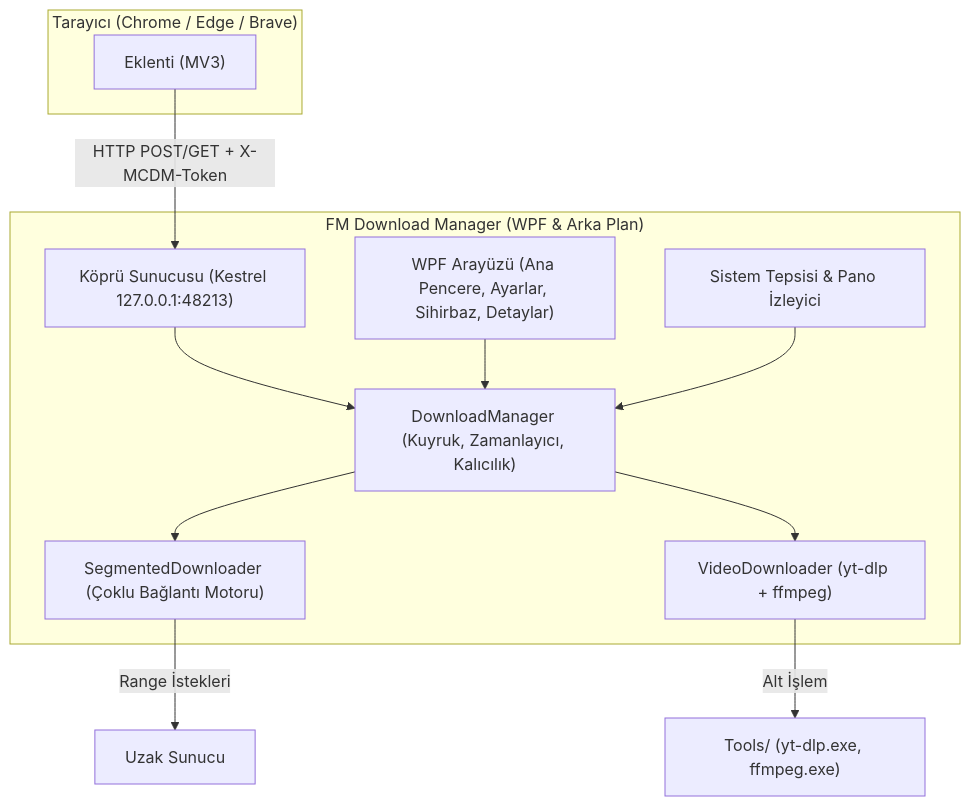
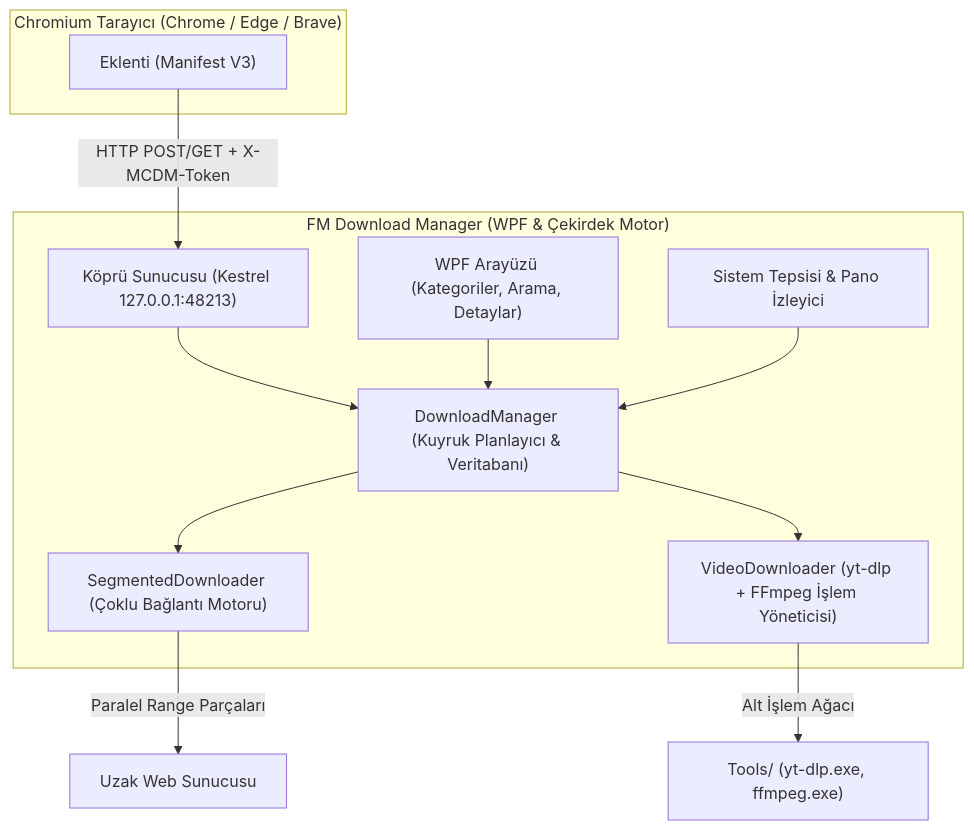
Before and after one commit to Ferdi-krbk/fm-download-manager: the diagram in README.tr.md, drawn with Mermaid. The commit also changed other lines of this file and 2 other files, not shown here.

Commit message:
docs: add badges, architecture diagram and visual documentation

````diff
--- a/README.tr.md
+++ b/README.tr.md
@@ -46,24 +73,24 @@
 ```mermaid
 flowchart TD
-    subgraph Browser["Tarayıcı (Chrome / Edge / Brave)"]
-        EXT["Eklenti (MV3)"]
+    subgraph Browser["Chromium Tarayıcı (Chrome / Edge / Brave)"]
+        EXT["Eklenti (Manifest V3)"]
     end
 
-    subgraph DesktopApp["FM Download Manager (WPF & Arka Plan)"]
-        UI["WPF Arayüzü (Ana Pencere, Ayarlar, Sihirbaz, Detaylar)"]
+    subgraph App["FM Download Manager (WPF & Çekirdek Motor)"]
+        UI["WPF Arayüzü (Kategoriler, Arama, Detaylar)"]
         TRAY["Sistem Tepsisi & Pano İzleyici"]
-        BRIDGE["Köprü Sunucusu (Kestrel 127.0.0.1:48213)"]
-        DM["DownloadManager (Kuyruk, Zamanlayıcı, Kalıcılık)"]
+        SERVER["Köprü Sunucusu (Kestrel 127.0.0.1:48213)"]
+        MGR["DownloadManager (Kuyruk Planlayıcı & Veritabanı)"]
         ENGINE["SegmentedDownloader (Çoklu Bağlantı Motoru)"]
-        VIDEO["VideoDownloader (yt-dlp + ffmpeg)"]
+        VIDEO["VideoDownloader (yt-dlp + FFmpeg İşlem Yöneticisi)"]
     end
 
-    EXT -- "HTTP POST/GET + X-MCDM-Token" --> BRIDGE
-    BRIDGE --> DM
-    UI --> DM
-    TRAY --> DM
-    DM --> ENGINE
-    DM --> VIDEO
-    ENGINE -- "Range İstekleri" --> TargetServer["Uzak Sunucu"]
-    VIDEO -- "Alt İşlem" --> Tools["Tools/ (yt-dlp.exe, ffmpeg.exe)"]
+    EXT -- "HTTP POST/GET + X-MCDM-Token" --> SERVER
+    SERVER --> MGR
+    UI --> MGR
+    TRAY --> MGR
+    MGR --> ENGINE
+    MGR --> VIDEO
+    ENGINE -- "Paralel Range Parçaları" --> Target["Uzak Web Sunucusu"]
+    VIDEO -- "Alt İşlem Ağacı" --> Tools["Tools/ (yt-dlp.exe, ffmpeg.exe)"]
 ```
````
